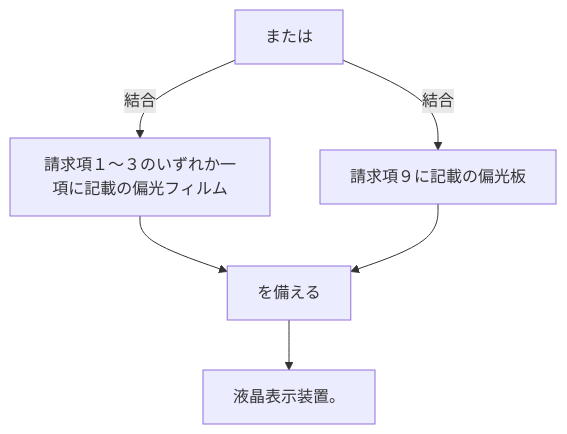
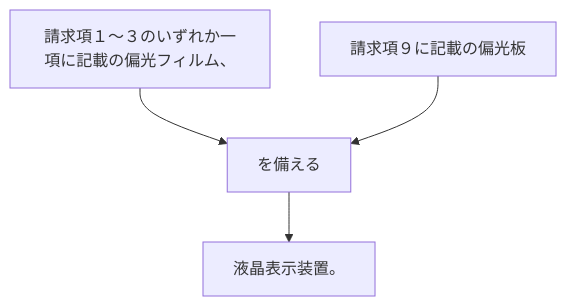
One commit to shinmori55/patent_analyzed changed the diagram in 2024/JP2024031583A/claim_10/README.md. Above: the diagram before and after it, drawn with Mermaid. The commit also changed 336 other files, not shown here.

````diff
--- a/2024/JP2024031583A/claim_10/README.md
+++ b/2024/JP2024031583A/claim_10/README.md
@@ -2,13 +2,10 @@
 ```mermaid
 flowchart TD
-A[請求項１～３のいずれか一項に記載の偏光フィルム]
-B[または]
-C[請求項９に記載の偏光板]
-D[を備える]
-E[液晶表示装置。]
-A --> D
+A[請求項１～３のいずれか一項に記載の偏光フィルム、]
+B[請求項９に記載の偏光板]
+C[を備える]
+D[液晶表示装置。]
+A --> C
+B --> C
 C --> D
-B --結合--> A
-B --結合--> C
-D --> E
 ```
````
